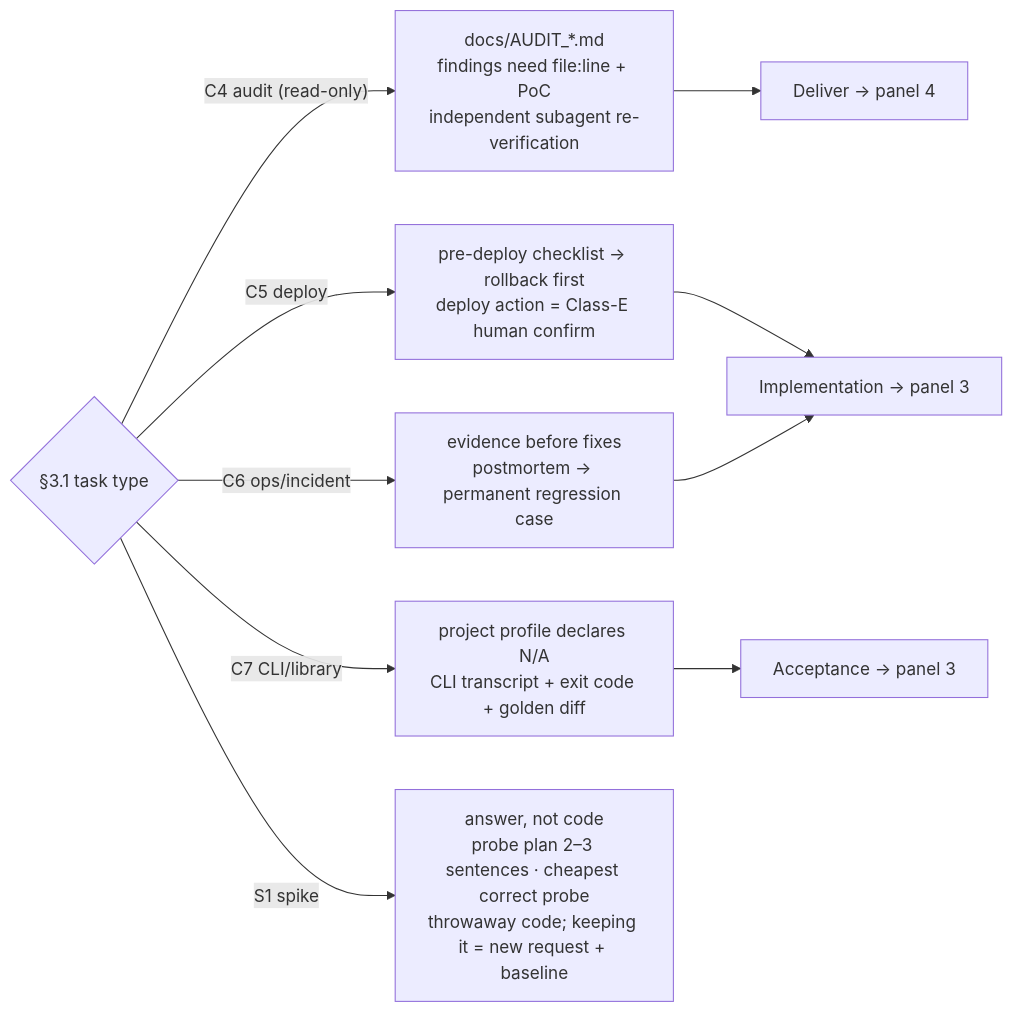
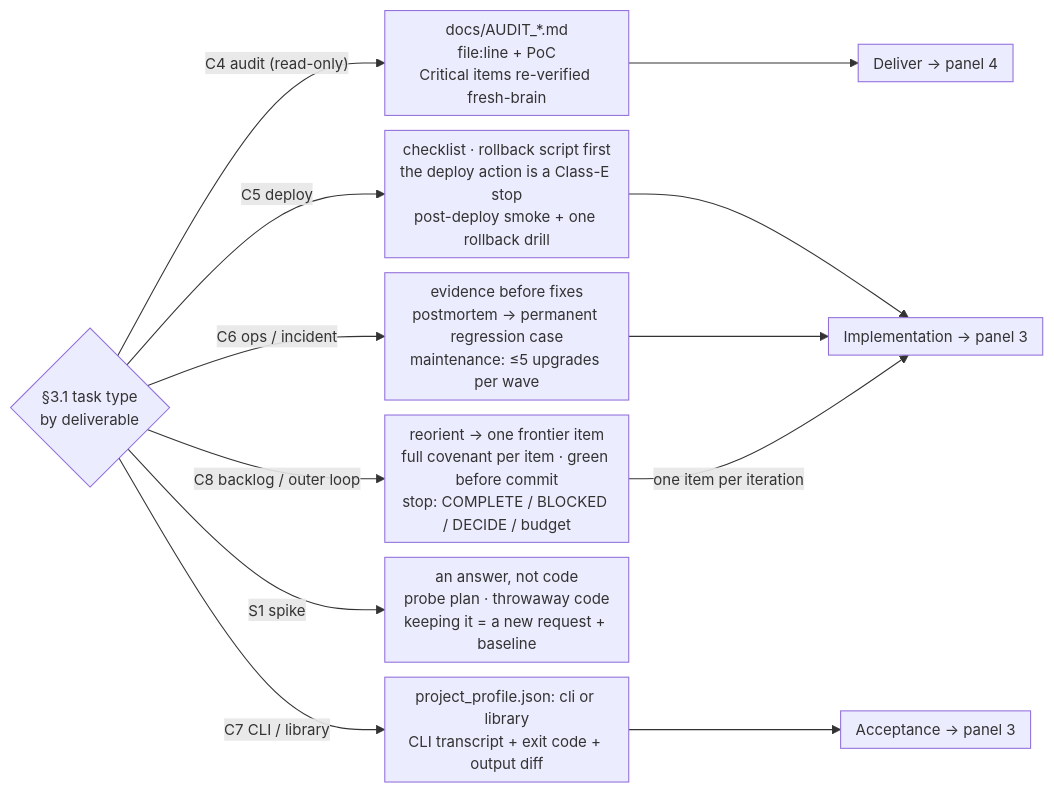
Before and after one commit to logandoo/vibeweaver: the diagram in docs/assets/workflow-2-en.mmd, drawn with Mermaid. The commit also changed 17 other files, not shown here.

First line of the commit message:
docs(readme): align workflow graphs with the payload, plain out the prose

```diff
--- a/docs/assets/workflow-2-en.mmd
+++ b/docs/assets/workflow-2-en.mmd
@@ -1,10 +1,13 @@
+%%{init: {"flowchart": {"nodeSpacing": 14, "rankSpacing": 46, "padding": 7}, "themeVariables": {"fontSize": "14px"}}}%%
 flowchart LR
-    T{"§3.1 task type"} -->|"C4 audit (read-only)"| T4["docs/AUDIT_*.md<br/>findings need file:line + PoC<br/>independent subagent re-verification"]
-    T -->|"C5 deploy"| T5["pre-deploy checklist → rollback first<br/>deploy action = Class-E human confirm"]
-    T -->|"C6 ops/incident"| T6["evidence before fixes<br/>postmortem → permanent regression case"]
-    T -->|"C7 CLI/library"| T7["project profile declares N/A<br/>CLI transcript + exit code + golden diff"]
-    T -->|"S1 spike"| T8["answer, not code<br/>probe plan 2–3 sentences · cheapest correct probe<br/>throwaway code; keeping it = new request + baseline"]
+    T{"§3.1 task type<br/>by deliverable"} -->|"C4 audit (read-only)"| T4["docs/AUDIT_*.md<br/>file:line + PoC<br/>Critical items re-verified fresh-brain"]
+    T -->|"C5 deploy"| T5["checklist · rollback script first<br/>the deploy action is a Class-E stop<br/>post-deploy smoke + one rollback drill"]
+    T -->|"C6 ops / incident"| T6["evidence before fixes<br/>postmortem → permanent regression case<br/>maintenance: ≤5 upgrades per wave"]
+    T -->|"C7 CLI / library"| T7["project_profile.json: cli or library<br/>CLI transcript + exit code + output diff"]
+    T -->|"S1 spike"| T8["an answer, not code<br/>probe plan · throwaway code<br/>keeping it = a new request + baseline"]
+    T -->|"C8 backlog / outer loop"| T9["reorient → one frontier item<br/>full covenant per item · green before commit<br/>stop: COMPLETE / BLOCKED / DECIDE / budget"]
     T5 --> E["Implementation → panel 3"]
     T6 --> E
     T7 --> H["Acceptance → panel 3"]
+    T9 -->|"one item per iteration"| E
     T4 --> O["Deliver → panel 4"]
```
